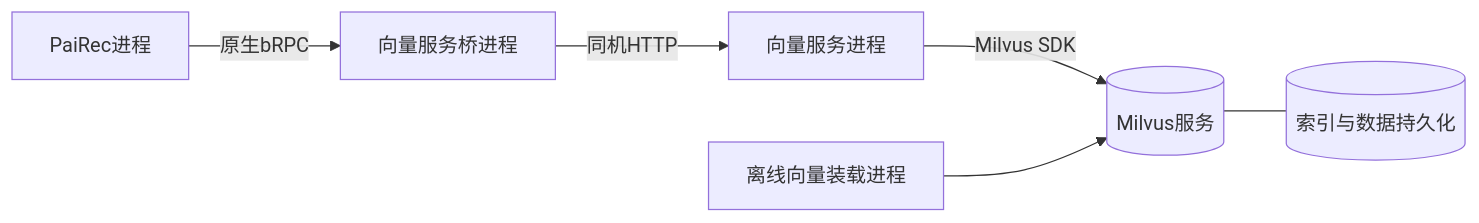
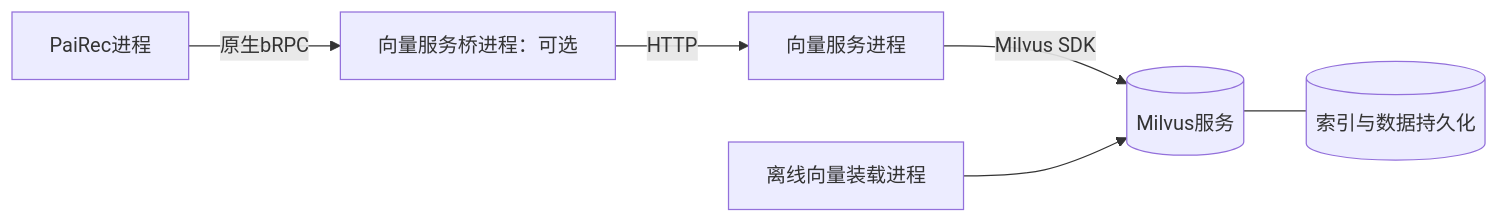
One commit to bitianyuan123/docs changed the fourth of 15 diagrams in 07_other_services.md. Above: the diagram before and after it, drawn with Mermaid. The commit also changed other lines of this file and 85 other files, not shown here.

````diff
--- a/07_other_services.md
+++ b/07_other_services.md
@@ -105,8 +107,8 @@
 ```mermaid
 flowchart LR
-    P[PaiRec进程] -->|原生bRPC| B[向量服务桥进程]
-    B -->|同机HTTP| V[向量服务进程]
+    P[PaiRec进程] -->|原生bRPC| B[向量服务桥进程：可选]
+    B -->|HTTP| V[向量服务进程]
     V -->|Milvus SDK| M[(Milvus服务)]
     L[离线向量装载进程] --> M
     M --- D[(索引与数据持久化)]
 ```
````
